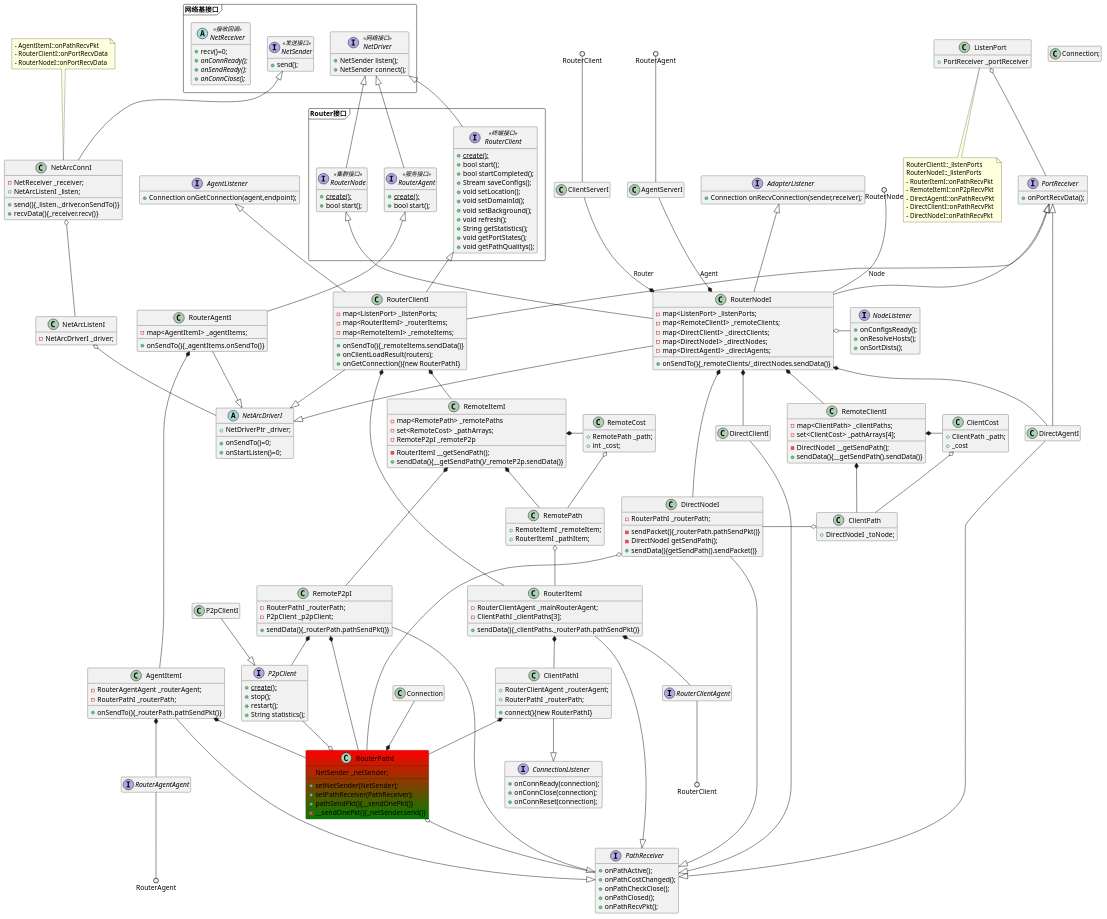
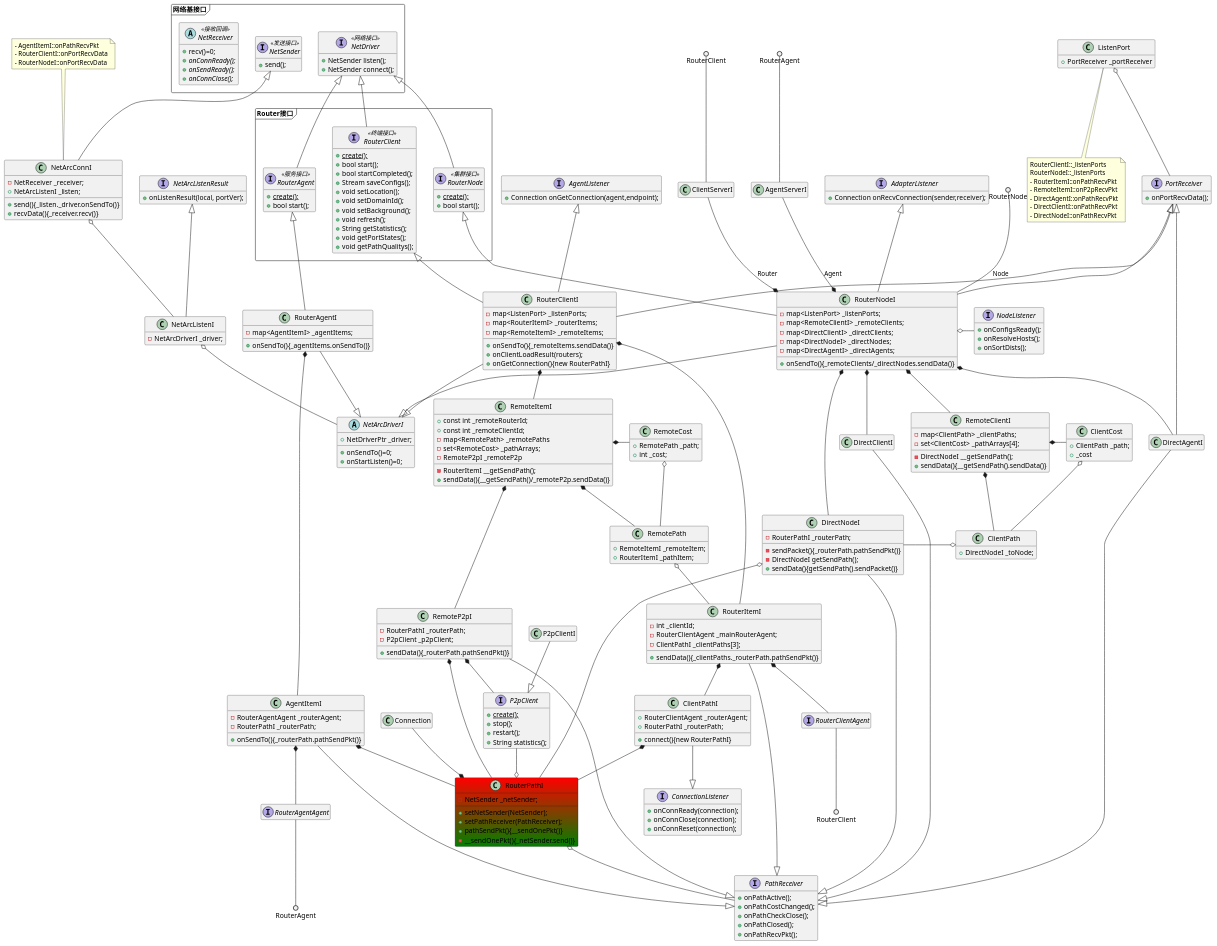
One commit to gzyrik/uml changed the first of 6 diagrams in router.pu. Above: the diagram before and after it, drawn with PlantUML. The commit also changed 2 other files, not shown here.

```diff
--- a/router.pu
+++ b/router.pu
@@ -87,6 +87,7 @@
 RouterItemI *-- ClientPathI
 RouterItemI *-- RouterClientAgent
 class RouterItemI{
+    - int _clientId;
     - RouterClientAgent _mainRouterAgent;
     - ClientPathI _clientPaths[3];
     + sendData(){_clientPaths._routerPath.pathSendPkt()}
@@ -106,6 +107,8 @@
 RemoteItemI *-- RemotePath
 RemoteItemI *-- RemoteP2pI
 class RemoteItemI {
+    + const int _remoteRouterId;
+    + const int _remoteClientId;
     - map<RemotePath> _remotePaths
     - set<RemoteCost> _pathArrays;
     - RouterItemI __getSendPath();
@@ -122,9 +125,9 @@
 }
 
 RouterClientI -up-|> RouterClient
+RouterClientI -up-|> AgentListener
 RouterClientI -up-|> PortReceiver
 RouterClientI --|> NetArcDriverI
-RouterClientI -up-|> AgentListener
 RouterClientI *-- RemoteItemI
 RouterClientI *-- RouterItemI
 'RouterClientI *-- ListenPort
@@ -240,13 +243,17 @@
     + onStartListen()=0;
 }
 
-'NetArcListenI --|>NetArcListenResult
+NetArcListenI -up-|>NetArcListenResult
 NetArcListenI o-- NetArcDriverI
 class NetArcListenI {
     - NetArcDriverI _driver;
 }
 
-class Connection;
+class Connection
+
+interface NetArcListenResult {
+    + onListenResult(local, portVer);
+}
 
 'P2pClient --|> NetSender
 interface P2pClient {
```
